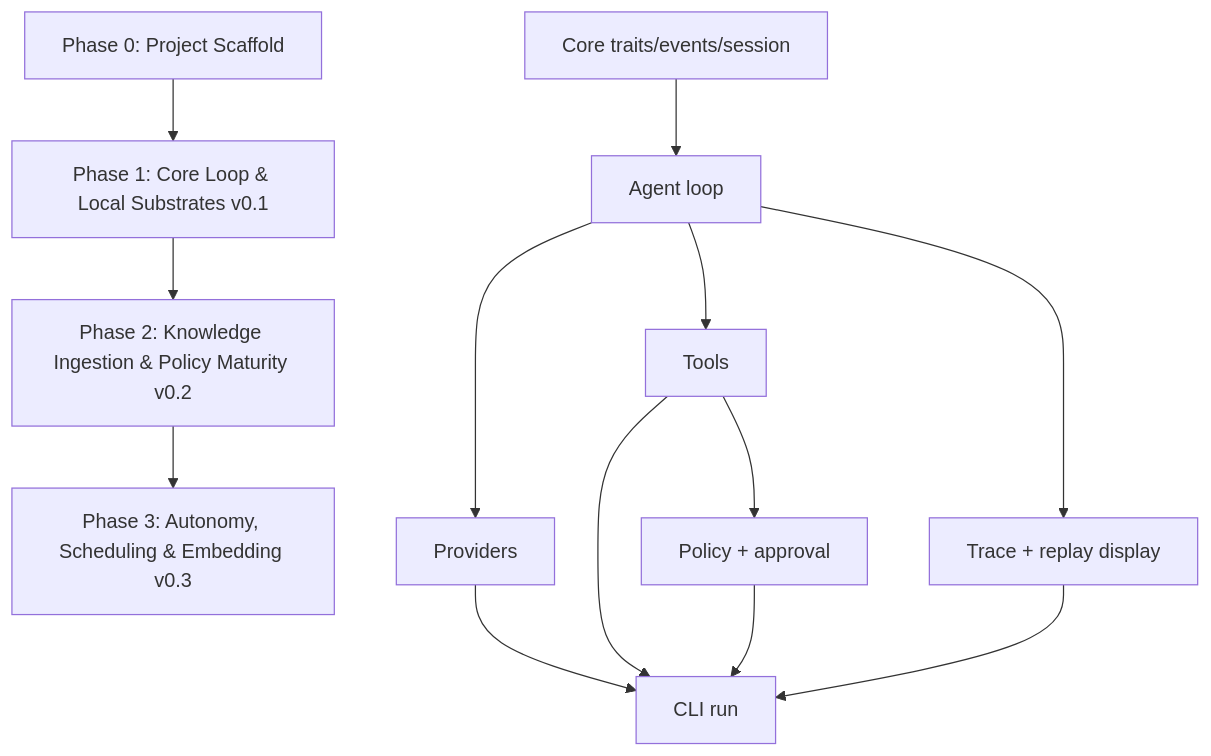
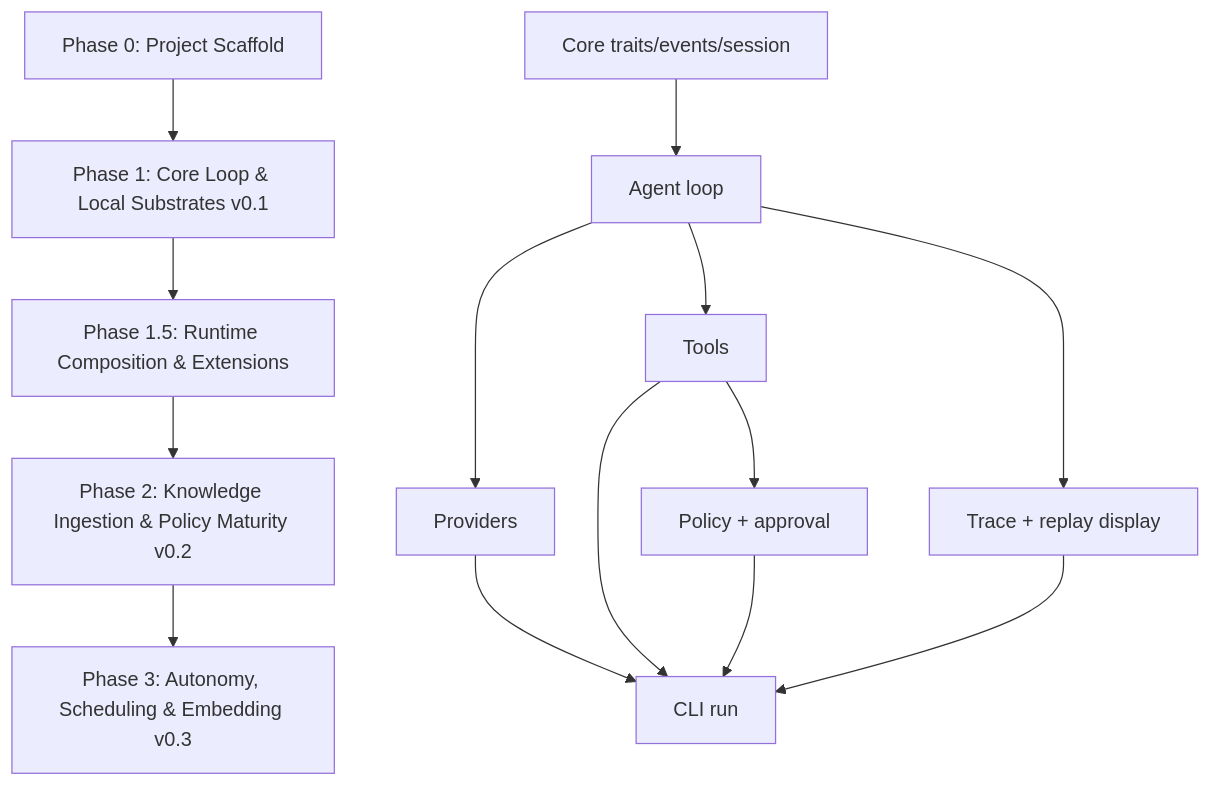
Before and after one commit to woshi517/gestalt-harness: the diagram in docs/gestalt-harnes-implementation-roadmap.md, drawn with Mermaid. The commit also changed other lines of this file and 14 other files, not shown here.

First line of the commit message:
docs(runtime): align documentation with runtime-composition branch

````diff
--- a/docs/gestalt-harnes-implementation-roadmap.md
+++ b/docs/gestalt-harnes-implementation-roadmap.md
@@ -43,19 +57,20 @@
 ```mermaid
 flowchart TD
     P0["Phase 0: Project Scaffold"]
     P1["Phase 1: Core Loop & Local Substrates v0.1"]
+    P15["Phase 1.5: Runtime Composition & Extensions"]
     P2["Phase 2: Knowledge Ingestion & Policy Maturity v0.2"]
     P3["Phase 3: Autonomy, Scheduling & Embedding v0.3"]
 
-    P0 --> P1 --> P2 --> P3
+    P0 --> P1 --> P15 --> P2 --> P3
 
     P1A["Core traits/events/session"] --> P1B["Agent loop"]
     P1B --> P1C["Providers"]
     P1B --> P1D["Tools"]
     P1D --> P1E["Policy + approval"]
     P1B --> P1F["Trace + replay display"]
     P1C --> P1G["CLI run"]
     P1D --> P1G
     P1E --> P1G
     P1F --> P1G
 ```
````
